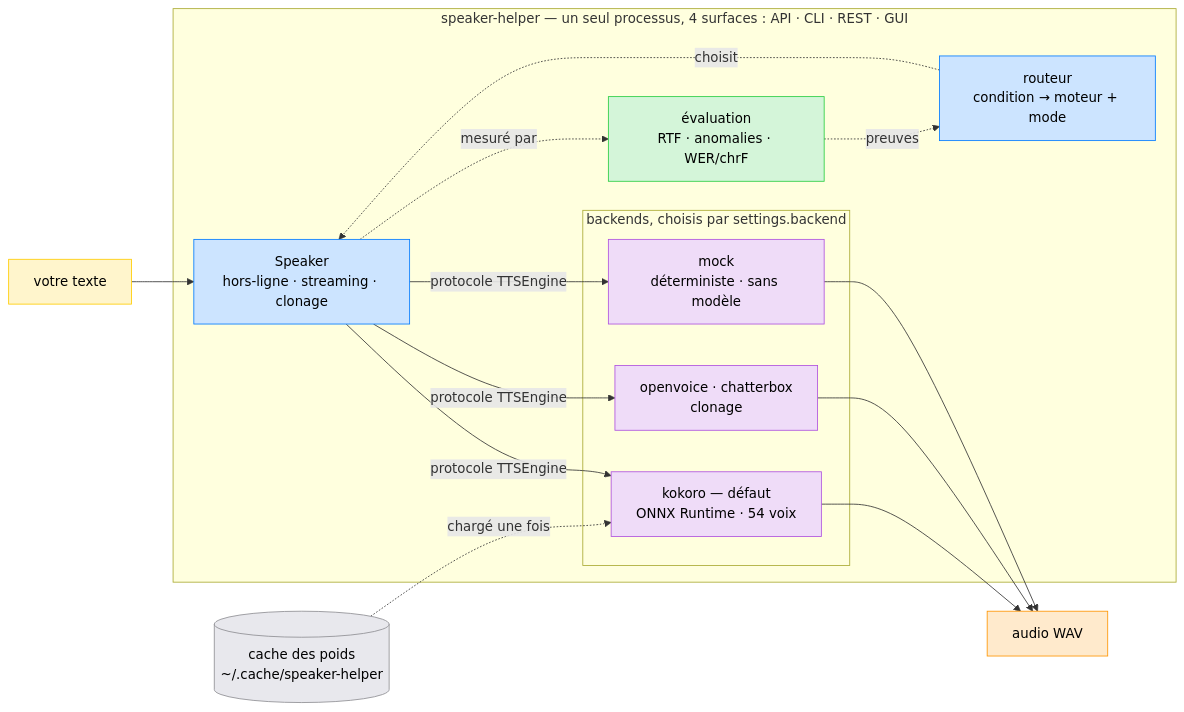
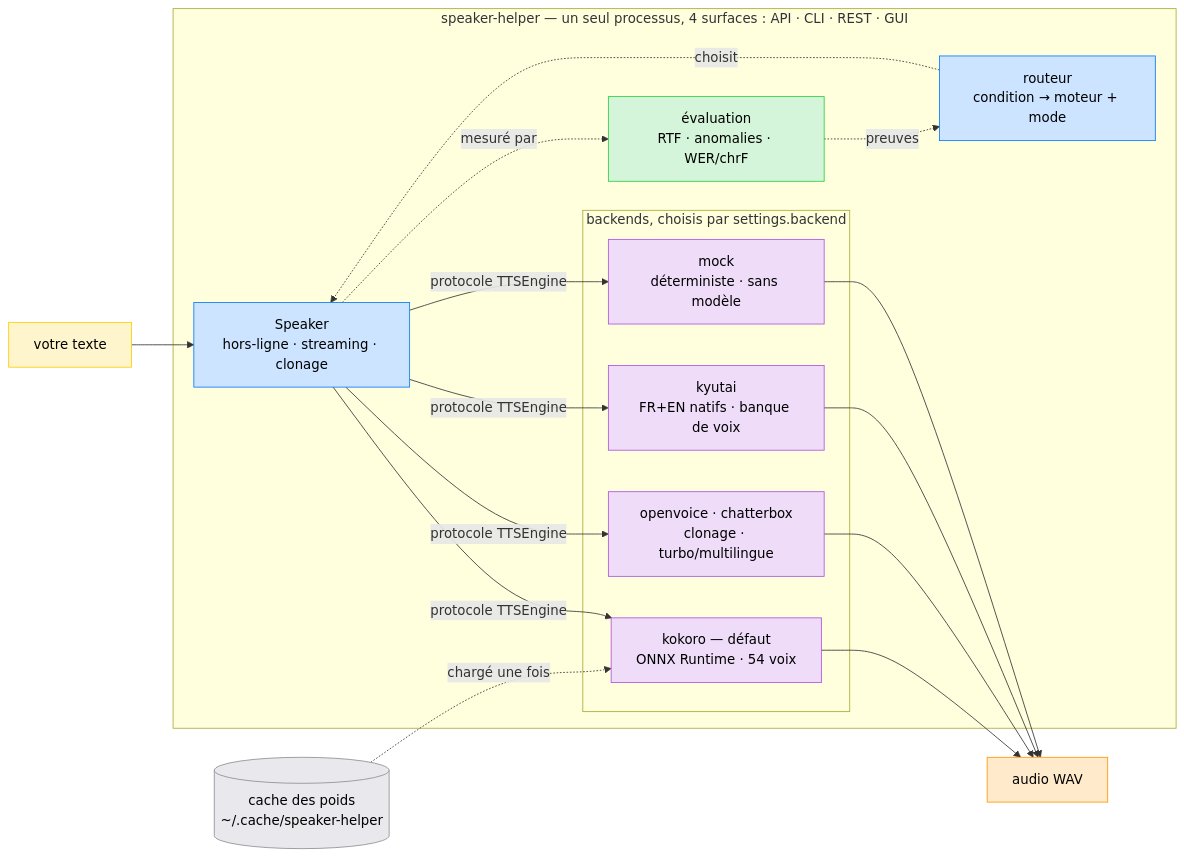
The diagram in LISEZMOI.md (warith-harchaoui/speaker-helper), drawn with Mermaid before and after one commit. The commit also changed other lines of this file and 2 other files, not shown here.

Commit message:
Docs : les jumeaux français rattrapent le lexique, le découpage et kyutai

````diff
--- a/LISEZMOI.md
+++ b/LISEZMOI.md
@@ -76,35 +92,38 @@
 ```mermaid
 flowchart LR
     text["votre texte"]:::input
     subgraph SH["speaker-helper — un seul processus, 4 surfaces : API · CLI · REST · GUI"]
         speaker["Speaker<br/>hors-ligne · streaming · clonage"]:::core
         router["routeur<br/>condition → moteur + mode"]:::core
         eval["évaluation<br/>RTF · anomalies · WER/chrF"]:::eval
         subgraph BE["backends, choisis par settings.backend"]
             kokoro["kokoro — défaut<br/>ONNX Runtime · 54 voix"]:::engine
-            clone["openvoice · chatterbox<br/>clonage"]:::engine
+            clone["openvoice · chatterbox<br/>clonage · turbo/multilingue"]:::engine
+            kyutai["kyutai<br/>FR+EN natifs · banque de voix"]:::engine
             mock["mock<br/>déterministe · sans modèle"]:::engine
         end
     end
     weights[("cache des poids<br/>~/.cache/speaker-helper")]:::store
     audio["audio WAV"]:::output
 
     text --> speaker
     router -.->|choisit| speaker
     speaker -- "protocole TTSEngine" --> kokoro
     speaker -- "protocole TTSEngine" --> clone
+    speaker -- "protocole TTSEngine" --> kyutai
     speaker -- "protocole TTSEngine" --> mock
     weights -.->|chargé une fois| kokoro
     kokoro --> audio
     clone --> audio
+    kyutai --> audio
     mock --> audio
     speaker -.->|mesuré par| eval
     eval -.->|preuves| router
 
     classDef input fill:#FFF5CC,stroke:#FFCC00,color:#000000
     classDef core fill:#CCE4FF,stroke:#007AFF,color:#000000
     classDef eval fill:#D4F5D9,stroke:#28CD41,color:#000000
     classDef engine fill:#EFDCF8,stroke:#AF52DE,color:#000000
     classDef store fill:#E8E8ED,stroke:#8E8E93,color:#000000
     classDef output fill:#FFEACC,stroke:#FF9500,color:#000000
 ```
````
